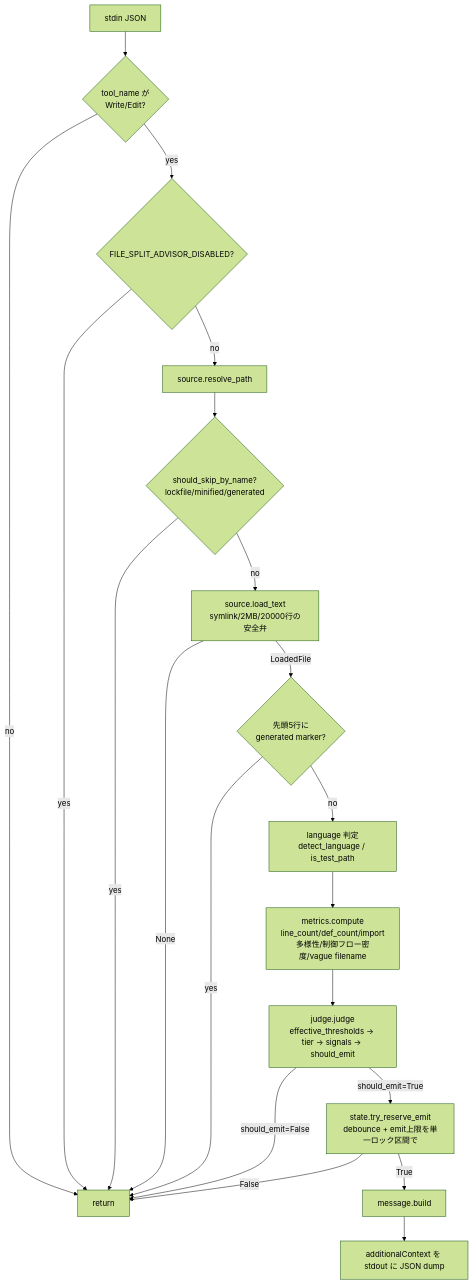
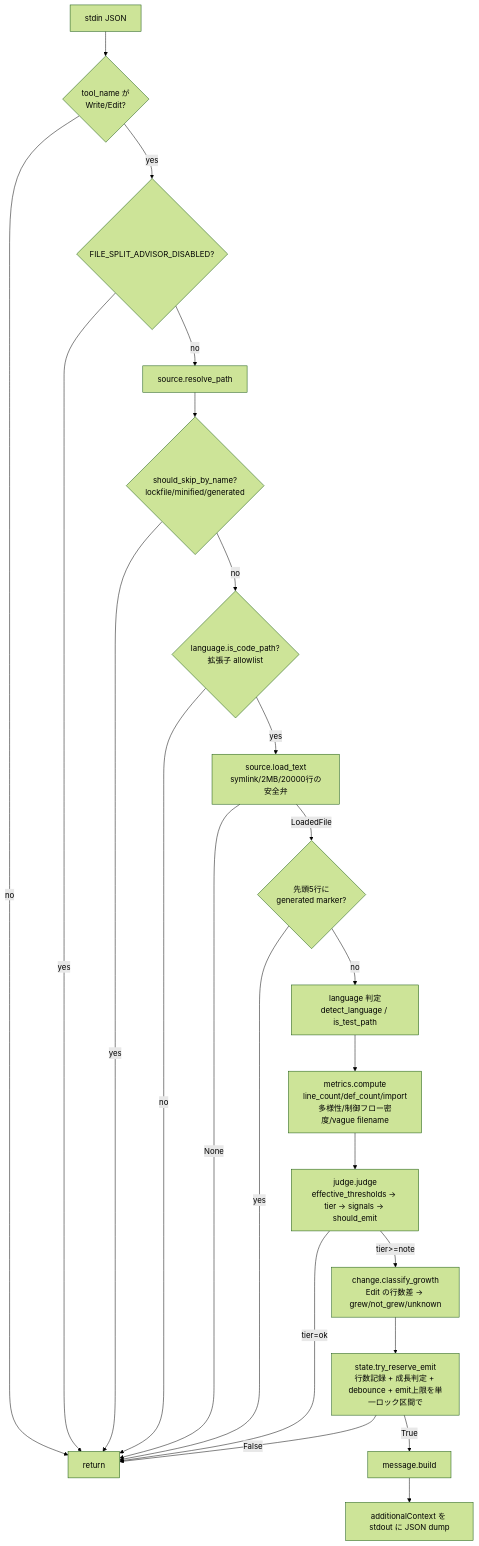
The diagram in plugins/file-split-advisor/hooks/file-split-advisor/CLAUDE.md (Mao-o/cc-mp-worktools), drawn with Mermaid (forest theme) before and after one commit. The commit also changed other lines of this file and 12 other files, not shown here.

````diff
--- a/plugins/file-split-advisor/hooks/file-split-advisor/CLAUDE.md
+++ b/plugins/file-split-advisor/hooks/file-split-advisor/CLAUDE.md
@@ -59,22 +60,25 @@
 ```mermaid
 flowchart TD
     A[stdin JSON] --> B{tool_name が<br/>Write/Edit?}
     B -- no --> Z[return]
     B -- yes --> C{FILE_SPLIT_ADVISOR_DISABLED?}
     C -- yes --> Z
     C -- no --> D[source.resolve_path]
     D --> E{should_skip_by_name?<br/>lockfile/minified/generated}
     E -- yes --> Z
-    E -- no --> F[source.load_text<br/>symlink/2MB/20000行の安全弁]
+    E -- no --> N{language.is_code_path?<br/>拡張子 allowlist}
+    N -- no --> Z
+    N -- yes --> F[source.load_text<br/>symlink/2MB/20000行の安全弁]
     F -- None --> Z
     F -- LoadedFile --> G{先頭5行に<br/>generated marker?}
     G -- yes --> Z
     G -- no --> H[language 判定<br/>detect_language / is_test_path]
     H --> I[metrics.compute<br/>line_count/def_count/import多様性/制御フロー密度/vague filename]
     I --> J[judge.judge<br/>effective_thresholds → tier → signals → should_emit]
-    J -- should_emit=False --> Z
-    J -- should_emit=True --> K[state.try_reserve_emit<br/>debounce + emit上限を単一ロック区間で]
+    J -- tier=ok --> Z
+    J -- tier>=note --> P[change.classify_growth<br/>Edit の行数差 → grew/not_grew/unknown]
+    P --> K[state.try_reserve_emit<br/>行数記録 + 成長判定 + debounce + emit上限を単一ロック区間で]
     K -- False --> Z
     K -- True --> L[message.build]
     L --> M[additionalContext を stdout に JSON dump]
 ```
````
